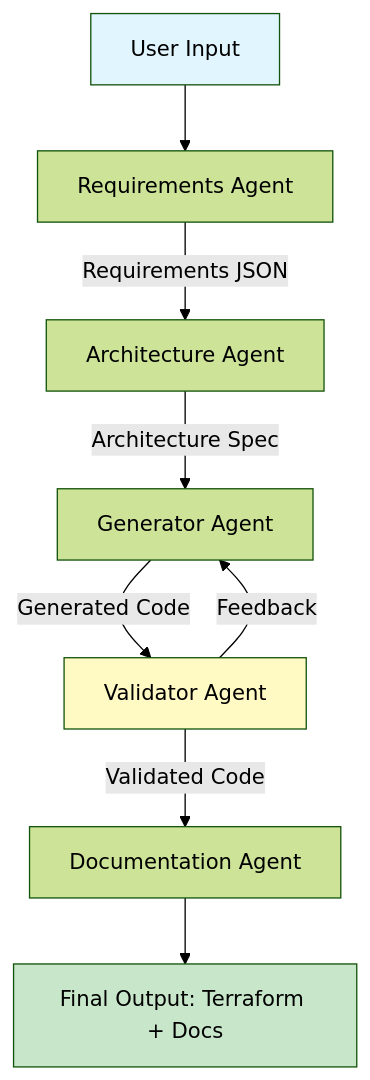
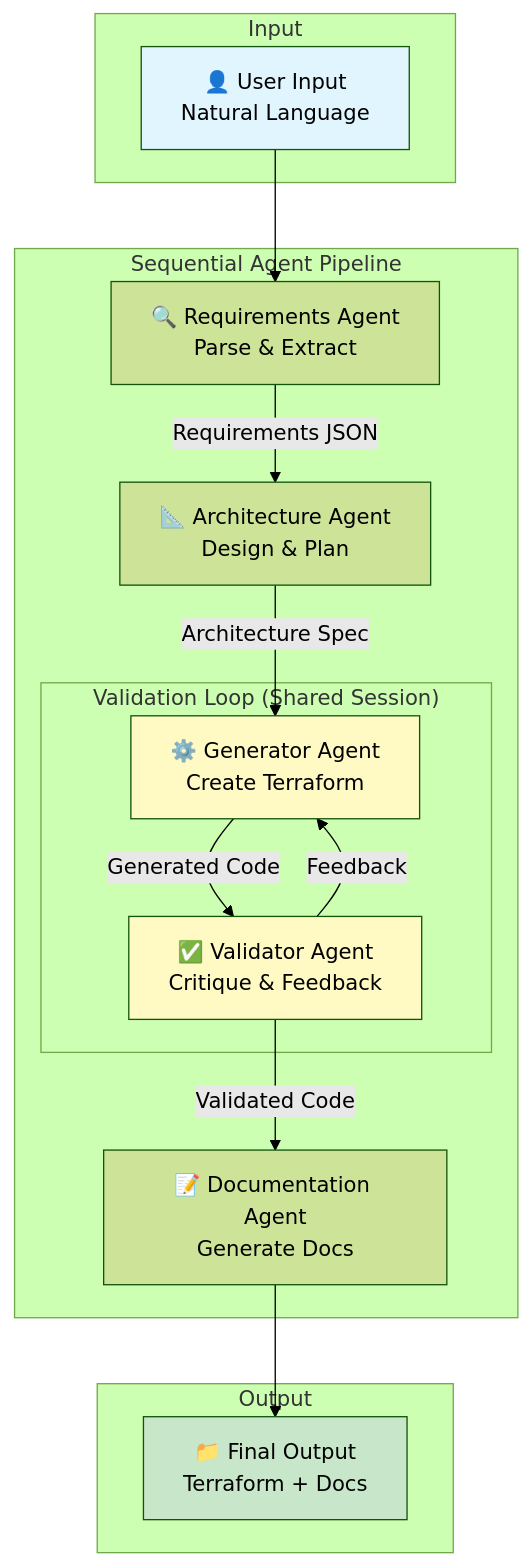
The first of 3 diagrams in README.md (jja4/terraform_adk_agents), drawn with Mermaid (forest theme) before and after one commit. The commit also changed other lines of this file and 10 other files, not shown here.

````diff
--- a/README.md
+++ b/README.md
@@ -27,14 +72,35 @@
 ```mermaid
 flowchart TD
-    A[User Input] --> R[Requirements Agent]
-    R -->|Requirements JSON| P[Architecture Agent]
-    P -->|Architecture Spec| G[Generator Agent]
-    G -->|Generated Code| V[Validator Agent]
+    subgraph Input
+        A[👤 User Input<br/>Natural Language]
+    end
+    
+    subgraph "Sequential Agent Pipeline"
+        R[🔍 Requirements Agent<br/>Parse & Extract]
+        P[📐 Architecture Agent<br/>Design & Plan]
+        
+        subgraph "Validation Loop (Shared Session)"
+            G[⚙️ Generator Agent<br/>Create Terraform]
+            V[✅ Validator Agent<br/>Critique & Feedback]
+        end
+        
+        D[📝 Documentation Agent<br/>Generate Docs]
+    end
+    
+    subgraph Output
+        O[📁 Final Output<br/>Terraform + Docs]
+    end
+    
+    A --> R
+    R -->|Requirements JSON| P
+    P -->|Architecture Spec| G
+    G -->|Generated Code| V
     V -->|Feedback| G
-    V -->|Validated Code| D[Documentation Agent]
-    D --> O[Final Output: Terraform + Docs]
+    V -->|Validated Code| D
+    D --> O
 
     style A fill:#e1f5ff
     style O fill:#c8e6c9
     style V fill:#fff9c4
+    style G fill:#fff9c4
 ```
````
